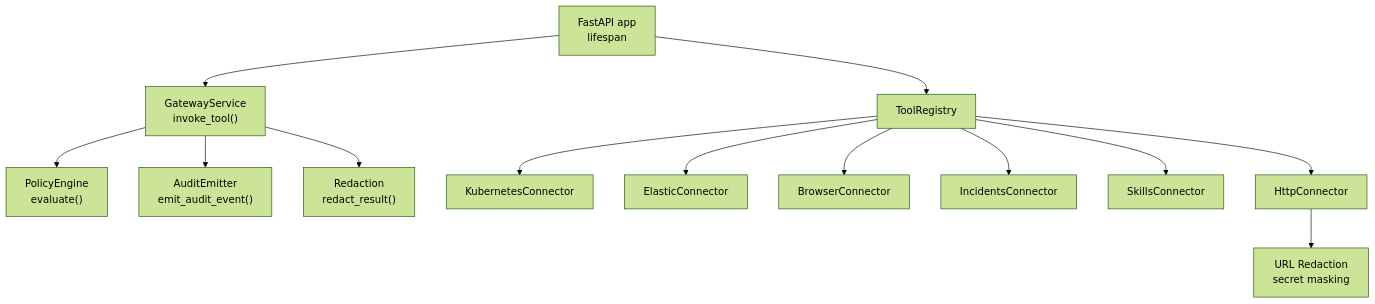
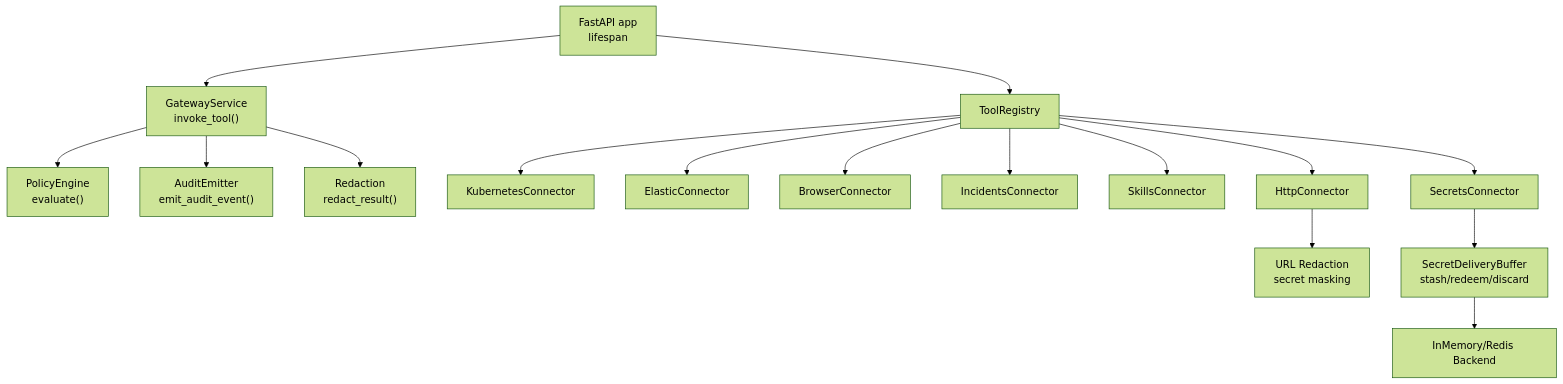
The first of 12 diagrams in .qoder/repowiki/en/content/Core Services/Tool Gateway/Tool Gateway.md (metasync/luban-aiops), drawn with Mermaid (forest theme) before and after one commit. The commit also changed other lines of this file and 56 other files, not shown here.

First line of the commit message:
docs: refresh repowiki knowledge cache (SPEC-062 secret delivery, v0.42.0)

````diff
--- a/.qoder/repowiki/en/content/Core Services/Tool Gateway/Tool Gateway.md
+++ b/.qoder/repowiki/en/content/Core Services/Tool Gateway/Tool Gateway.md
@@ -60,15 +66,18 @@
 ```mermaid
 graph TB
 A["FastAPI app<br/>lifespan"] --> B["ToolRegistry"]
 A --> C["GatewayService<br/>invoke_tool()"]
 C --> D["PolicyEngine<br/>evaluate()"]
 C --> E["AuditEmitter<br/>emit_audit_event()"]
 C --> F["Redaction<br/>redact_result()"]
 B --> G["KubernetesConnector"]
 B --> H["ElasticConnector"]
 B --> I["BrowserConnector"]
 B --> J["IncidentsConnector"]
 B --> K["SkillsConnector"]
 B --> L["HttpConnector"]
-L --> M["URL Redaction<br/>secret masking"]
+B --> M["SecretsConnector"]
+L --> N["URL Redaction<br/>secret masking"]
+M --> O["SecretDeliveryBuffer<br/>stash/redeem/discard"]
+O --> P["InMemory/Redis Backend"]
 ```
````
